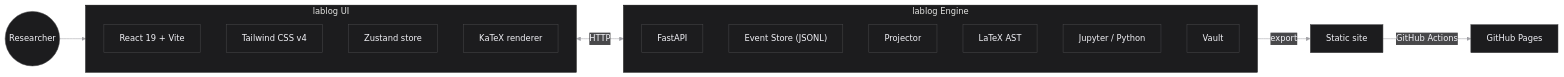
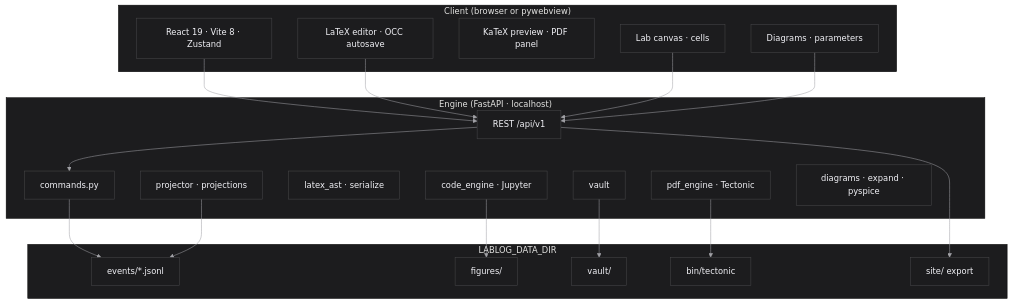
One commit to kegouro/lablog changed the first of 2 diagrams in README.md. Above: the diagram before and after it, drawn with Mermaid. The commit also changed other lines of this file and 3 other files, not shown here.

First line of the commit message:
docs: Expand academic README with architecture, tutorials, and gallery

````diff
--- a/README.md
+++ b/README.md
@@ -135,27 +218,42 @@
 ```mermaid
 %%{init: { 'theme': 'base', 'themeVariables': { 'primaryColor':'#1C1C1E', 'primaryTextColor':'#F2F2F7', 'primaryBorderColor':'#48484A', 'lineColor':'#A1A1A6', 'secondaryColor':'#48484A', 'tertiaryColor':'#1C1C1E' }}}%%
-flowchart LR
-    subgraph UI[lablog UI]
-        direction TB
-        React["React 19 + Vite"]
-        Tailwind["Tailwind CSS v4"]
-        Zustand["Zustand store"]
-        KaTeX["KaTeX renderer"]
+flowchart TB
+    subgraph Client["Client (browser or pywebview)"]
+      UI["React 19 · Vite 8 · Zustand"]
+      ED["LaTeX editor · OCC autosave"]
+      PV["KaTeX preview · PDF panel"]
+      LB["Lab canvas · cells"]
+      DG["Diagrams · parameters"]
     end
 
-    subgraph Engine[lablog Engine]
-        direction TB
-        FastAPI["FastAPI"]
-        Events["Event Store (JSONL)"]
-        Projector["Projector"]
-        AST["LaTeX AST"]
-        Jupyter["Jupyter / Python"]
-        Vault["Vault"]
+    subgraph Engine["Engine (FastAPI · localhost)"]
+      API["REST /api/v1"]
+      CMD["commands.py"]
+      PRJ["projector · projections"]
+      AST["latex_ast · serialize"]
+      KER["code_engine · Jupyter"]
+      PDF["pdf_engine · Tectonic"]
+      VLT["vault"]
+      DIA["diagrams · expand · pyspice"]
     end
 
-    User((Researcher))
-    User --> UI
-    UI <-->|HTTP| Engine
-    Engine -->|export| Site["Static site"]
-    Site -->|GitHub Actions| Pages["GitHub Pages"]
+    subgraph Disk["LABLOG_DATA_DIR"]
+      EV["events/*.jsonl"]
+      FIG["figures/"]
+      VAULT["vault/"]
+      BIN["bin/tectonic"]
+      SITE["site/ export"]
+    end
+
+    UI --> API
+    ED --> API
+    LB --> API
+    DG --> API
+    API --> CMD
+    CMD --> EV
+    PRJ --> EV
+    KER --> FIG
+    VLT --> VAULT
+    PDF --> BIN
+    API --> SITE
 ```
````
